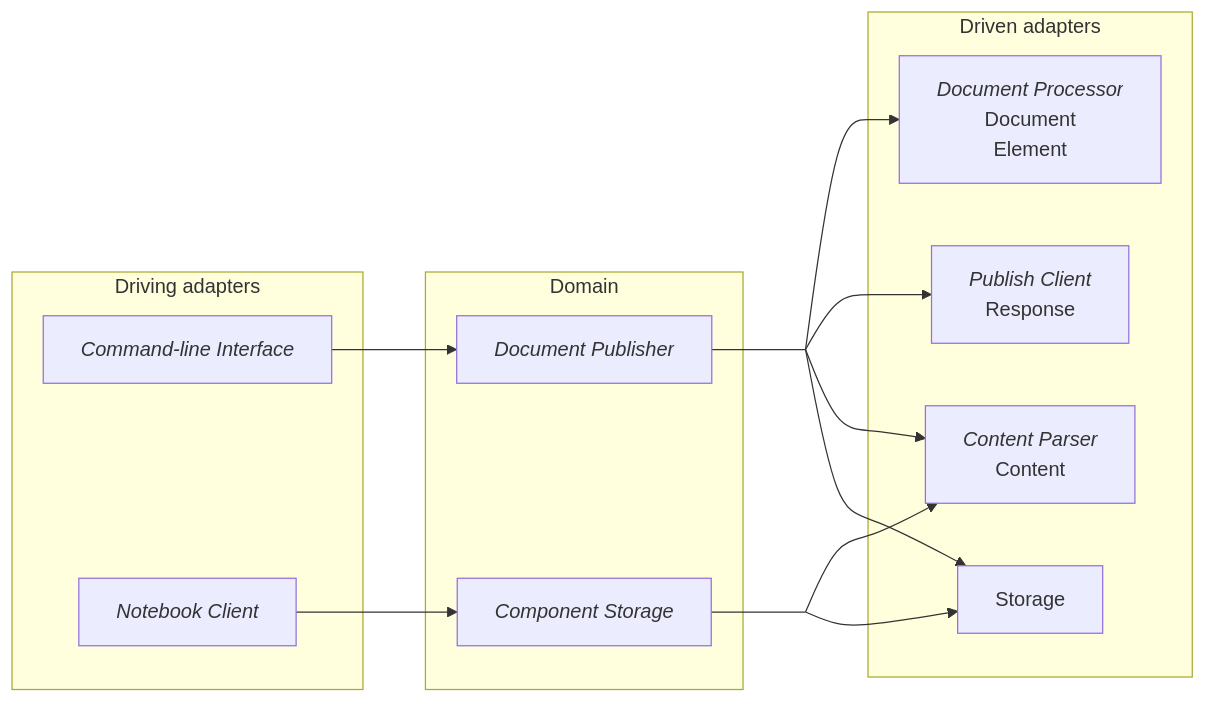
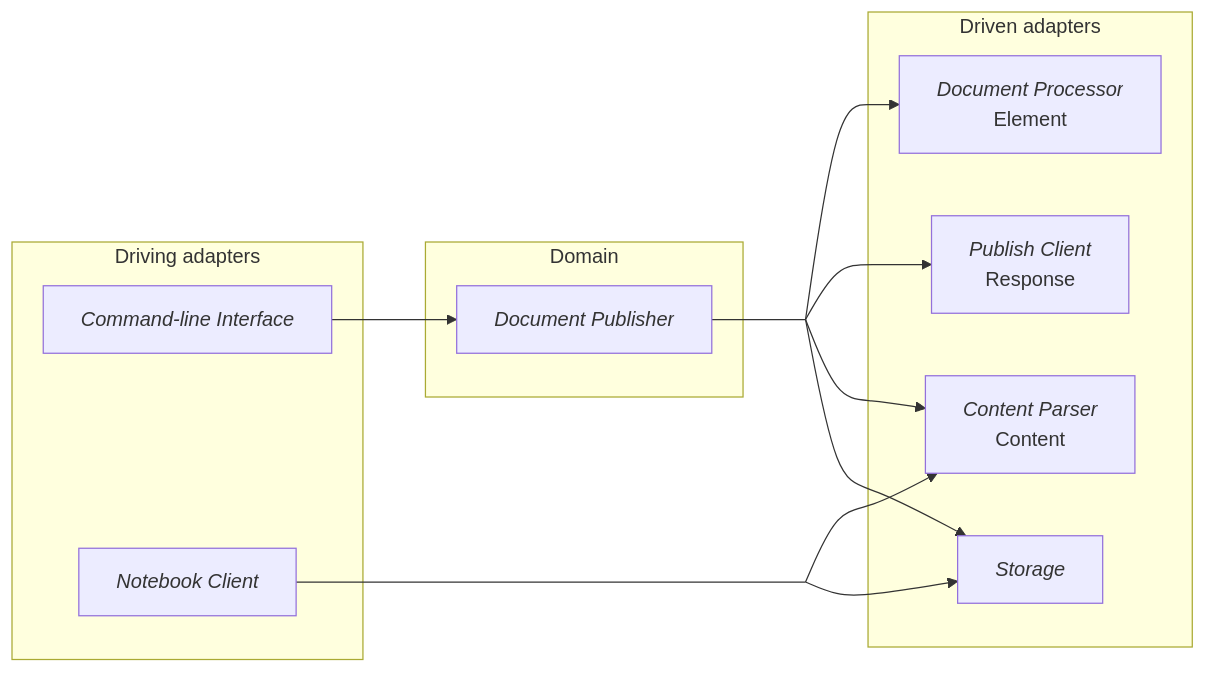
Before and after one commit to olavlan/olavlan.github.io: the diagram in posts/in-progress/publish_quarto.md, drawn with Mermaid. The commit also changed other lines of this file and 2 other files, not shown here.

````diff
--- a/posts/in-progress/publish_quarto.md
+++ b/posts/in-progress/publish_quarto.md
@@ -28,32 +60,30 @@
 ``` mermaid
 graph LR
      subgraph driving[Driving adapters]
           cli[<i>Command-line Interface</i>]
           notebookclient[<i>Notebook Client</i>]
      end
      subgraph domain[Domain]
           docpublisher[<i>Document Publisher</i>]
-          componentstorage[<i>Component Storage</i>]
      end
      subgraph driven[Driven adapters]
-          docprocessor[<i>Document Processor</i><br>Document<br>Element<br>]
+          docprocessor[<i>Document Processor</i><br>Element<br>]
           contentprocessor[<i>Content Parser</i><br>Content]
           publishclient[<i>Publish Client</i><br>Response]
-          storage[Storage]
+          storage[<i>Storage</i>]
      end
 
      cli --> docpublisher
-     notebookclient --> componentstorage
 
      docpublisher --- split[ ]:::empty
      split --> docprocessor
      split --> publishclient
      split --> contentprocessor
      split --> storage
 
-     componentstorage --- split2[ ]:::empty
+     notebookclient --- split2[ ]:::empty
      split2 --> contentprocessor
      split2 --> storage
 
      classDef empty width:0px,height:0px;
 ```
````
